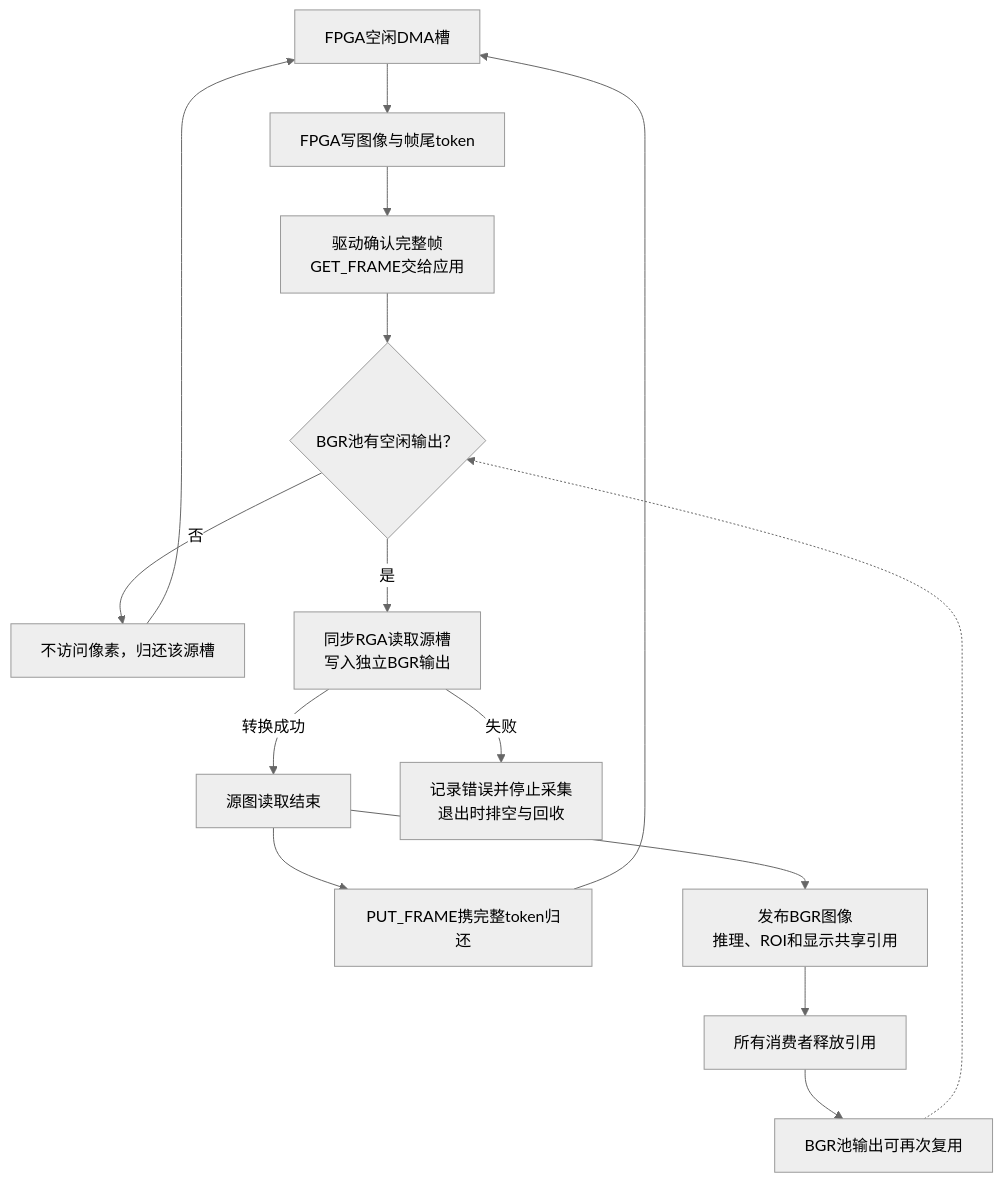
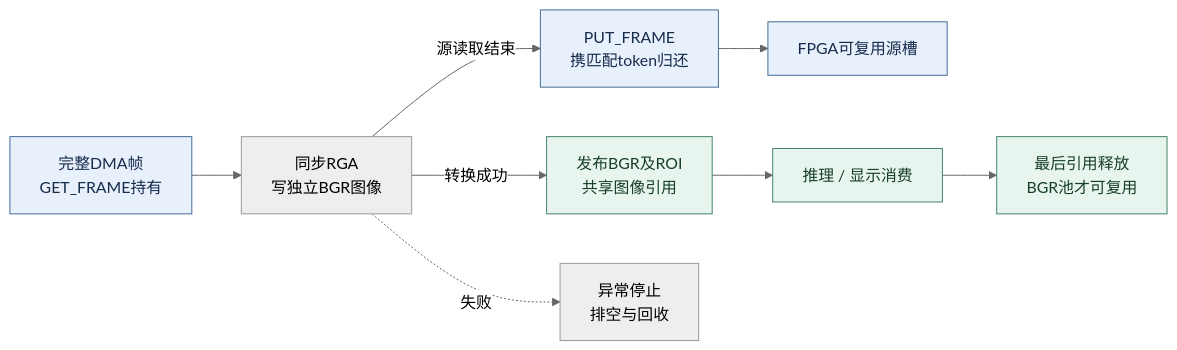
The diagram in docs/DIAGRAMS.md (istiurosmadelgordont-cloud/RoadFusion-Edge), drawn with Mermaid (neutral theme) before and after one commit. The commit also changed other lines of this file and 5 other files, not shown here.

First line of the commit message:
docs: reflow architecture diagrams into horizontal stages

````diff
--- a/docs/DIAGRAMS.md
+++ b/docs/DIAGRAMS.md
@@ -16,17 +16,19 @@
 ```mermaid
-flowchart TB
-    FREE["FPGA空闲DMA槽"] --> WRITE["FPGA写图像与帧尾token"]
-    WRITE --> GET["驱动确认完整帧<br/>GET_FRAME交给应用"]
-    GET --> ROOM{"BGR池有空闲输出？"}
-    ROOM -->|否| SKIP["不访问像素，归还该源槽"]
-    ROOM -->|是| RGA["同步RGA读取源槽<br/>写入独立BGR输出"]
-    RGA -->|转换成功| SPLIT["源图读取结束"]
-    SPLIT --> PUT["PUT_FRAME携完整token归还"]
-    PUT --> FREE
-    SKIP --> FREE
-    SPLIT --> PUB["发布BGR图像<br/>推理、ROI和显示共享引用"]
-    PUB --> WAIT["所有消费者释放引用"]
-    WAIT --> REUSE["BGR池输出可再次复用"]
-    REUSE -.-> ROOM
-    RGA -->|失败| ERR["记录错误并停止采集<br/>退出时排空与回收"]
+flowchart LR
+    GET["完整DMA帧<br/>GET_FRAME持有"]
+    RGA["同步RGA<br/>写独立BGR图像"]
+    PUT["PUT_FRAME<br/>携匹配token归还"]
+    FREE["FPGA可复用源槽"]
+    PUB["发布BGR及ROI<br/>共享图像引用"]
+    USE["推理 / 显示消费"]
+    RECYCLE["最后引用释放<br/>BGR池才可复用"]
+    ERR["异常停止<br/>排空与回收"]
+    GET --> RGA
+    RGA -->|源读取结束| PUT --> FREE
+    RGA -->|转换成功| PUB --> USE --> RECYCLE
+    RGA -.->|失败| ERR
+    classDef source fill:#e8f0fb,stroke:#426b99,color:#172b4d
+    classDef image fill:#e8f5ee,stroke:#438369,color:#173e2b
+    class GET,PUT,FREE source
+    class PUB,USE,RECYCLE image
 ```
````
